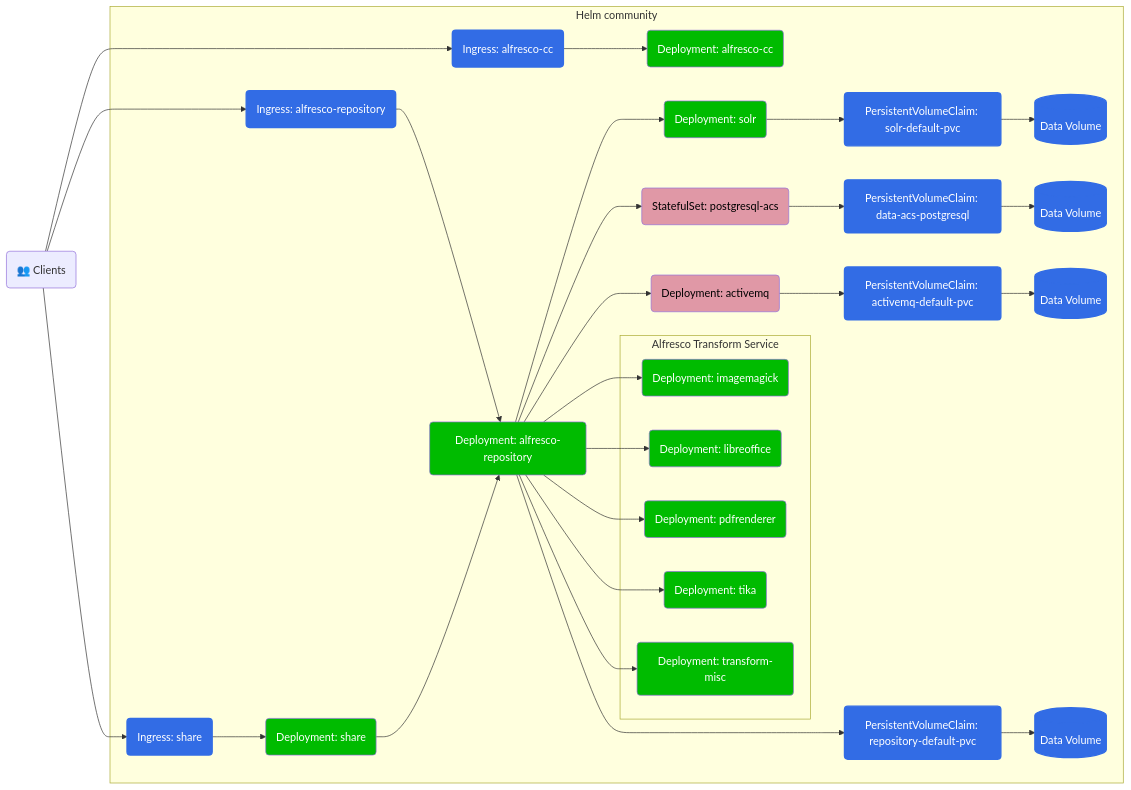
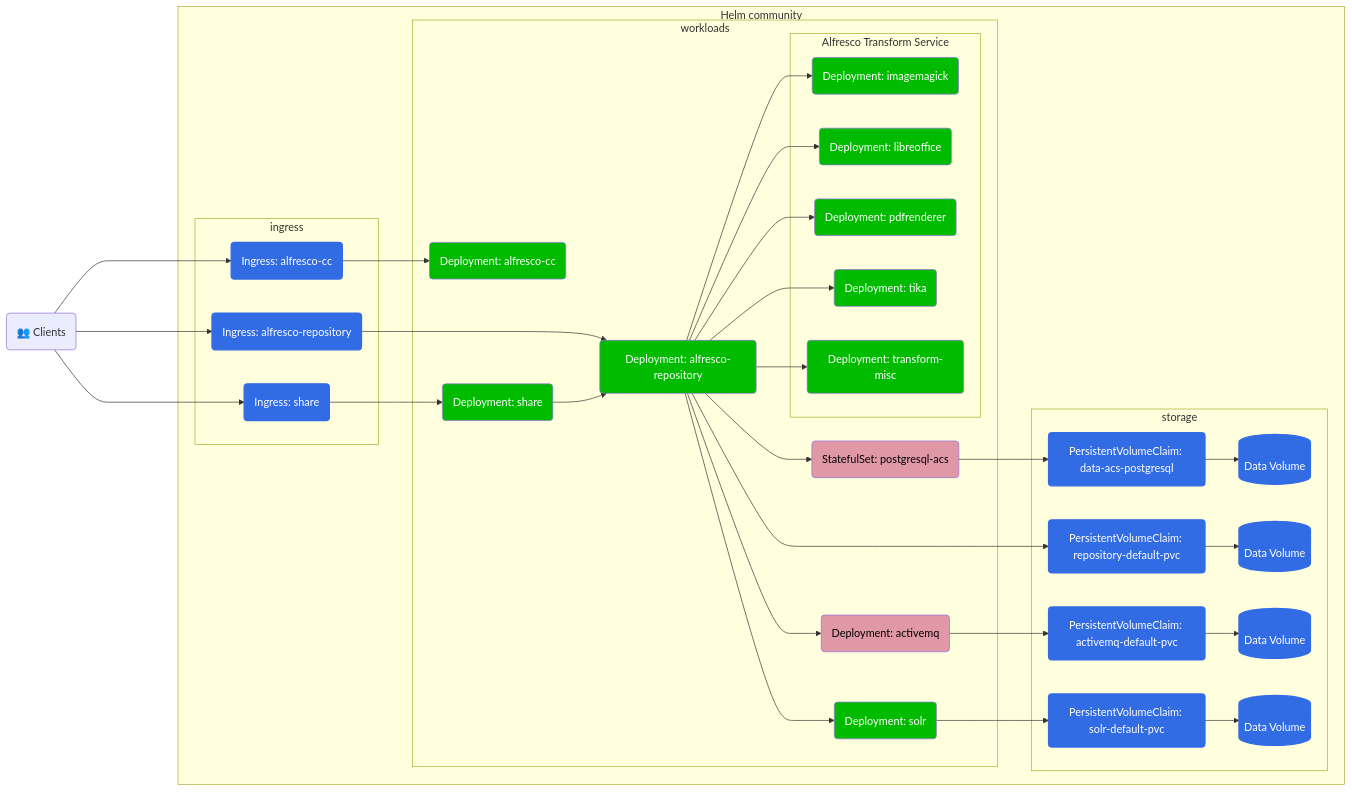
The fourth of 4 diagrams in docs/helm/README.md (Alfresco/acs-deployment), drawn with Mermaid before and after one commit. The commit also changed other lines of this file, not shown here.

Commit message:
group ingress, workloads &  storage

````diff
--- a/docs/helm/README.md
+++ b/docs/helm/README.md
@@ -148,55 +153,61 @@
 ```mermaid
 graph LR
 
 classDef alf fill:#0b0,color:#fff
 classDef k8s fill:#326ce5,stroke:#326ce5,stroke-width:2px,color:#fff
 classDef thrdP fill:#e098a6,color:#000
 
 Client("👥 Clients")
 
 subgraph Helm community
-  PersistentVolumeClaim_activemq-default-pvc(PersistentVolumeClaim: activemq-default-pvc):::k8s
-  PersistentVolumeClaim_repository-default-pvc(PersistentVolumeClaim: repository-default-pvc):::k8s
-  PersistentVolumeClaim_solr-default-pvc(PersistentVolumeClaim: solr-default-pvc):::k8s
-  PersistentVolumeClaim_data-acs-postgresql(PersistentVolumeClaim: data-acs-postgresql):::k8s
-  Deployment_activemq(Deployment: activemq):::thrdP
-  Deployment_alfresco-cc(Deployment: alfresco-cc):::alf
-  Deployment_alfresco-repository(Deployment: alfresco-repository):::alf
-  Deployment_solr(Deployment: solr):::alf
-  Deployment_share(Deployment: share):::alf
-  StatefulSet_postgresql-acs(StatefulSet: postgresql-acs):::thrdP
-  Ingress_alfresco-cc(Ingress: alfresco-cc):::k8s
-  Ingress_alfresco-repository(Ingress: alfresco-repository):::k8s
-  Ingress_share(Ingress: share):::k8s
-  subgraph "Alfresco Transform Service"
-    Deployment_imagemagick(Deployment: imagemagick):::alf
-    Deployment_libreoffice(Deployment: libreoffice):::alf
-    Deployment_pdfrenderer(Deployment: pdfrenderer):::alf
-    Deployment_tika(Deployment: tika):::alf
-    Deployment_transform-misc(Deployment: transform-misc):::alf
+  subgraph storage
+    PersistentVolumeClaim_activemq-default-pvc(PersistentVolumeClaim: activemq-default-pvc):::k8s
+    PersistentVolumeClaim_repository-default-pvc(PersistentVolumeClaim: repository-default-pvc):::k8s
+    PersistentVolumeClaim_solr-default-pvc(PersistentVolumeClaim: solr-default-pvc):::k8s
+    PersistentVolumeClaim_data-acs-postgresql(PersistentVolumeClaim: data-acs-postgresql):::k8s
+    pv1[(Data Volume)]:::k8s
+    pv2[(Data Volume)]:::k8s
+    pv3[(Data Volume)]:::k8s
+    pv4[(Data Volume)]:::k8s
   end
-  pv1[(Data Volume)]:::k8s
-  pv2[(Data Volume)]:::k8s
-  pv3[(Data Volume)]:::k8s
-  pv4[(Data Volume)]:::k8s
+  subgraph workloads
+    Deployment_activemq(Deployment: activemq):::thrdP
+    Deployment_alfresco-cc(Deployment: alfresco-cc):::alf
+    Deployment_alfresco-repository(Deployment: alfresco-repository):::alf
+    Deployment_solr(Deployment: solr):::alf
+    Deployment_share(Deployment: share):::alf
+    subgraph "Alfresco Transform Service"
+      Deployment_imagemagick(Deployment: imagemagick):::alf
+      Deployment_libreoffice(Deployment: libreoffice):::alf
+      Deployment_pdfrenderer(Deployment: pdfrenderer):::alf
+      Deployment_tika(Deployment: tika):::alf
+      Deployment_transform-misc(Deployment: transform-misc):::alf
+    end
+    StatefulSet_postgresql-acs(StatefulSet: postgresql-acs):::thrdP
+  end
+  subgraph ingress
+    Ingress_alfresco-cc(Ingress: alfresco-cc):::k8s
+    Ingress_alfresco-repository(Ingress: alfresco-repository):::k8s
+    Ingress_share(Ingress: share):::k8s
+  end
 end
 
 Client ----> Ingress_alfresco-cc --> Deployment_alfresco-cc
 Client --> Ingress_alfresco-repository --> Deployment_alfresco-repository
 Client --> Ingress_share --> Deployment_share
 
 Deployment_share --> Deployment_alfresco-repository
 
 Deployment_alfresco-repository --> Deployment_solr
 Deployment_alfresco-repository --> StatefulSet_postgresql-acs --> PersistentVolumeClaim_data-acs-postgresql --> pv1
 Deployment_alfresco-repository --> Deployment_activemq
 Deployment_alfresco-repository --> Deployment_imagemagick
 Deployment_alfresco-repository --> Deployment_libreoffice
 Deployment_alfresco-repository --> Deployment_pdfrenderer
 Deployment_alfresco-repository --> Deployment_tika
 Deployment_alfresco-repository --> Deployment_transform-misc
 
 Deployment_alfresco-repository ---> PersistentVolumeClaim_repository-default-pvc --> pv2
 Deployment_activemq --> PersistentVolumeClaim_activemq-default-pvc --> pv3
 Deployment_solr --> PersistentVolumeClaim_solr-default-pvc --> pv4
 ```
````
